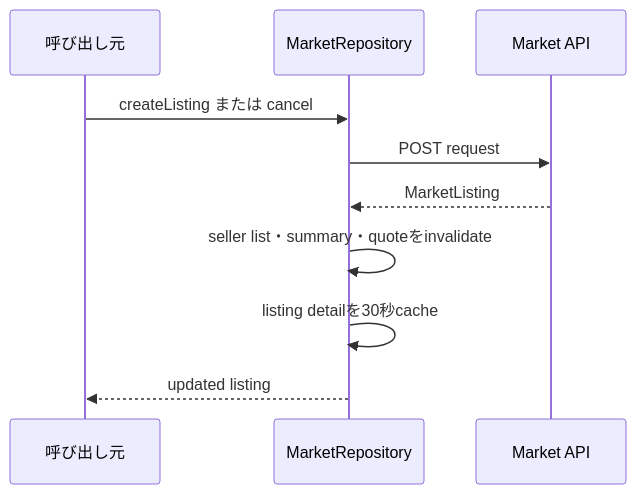
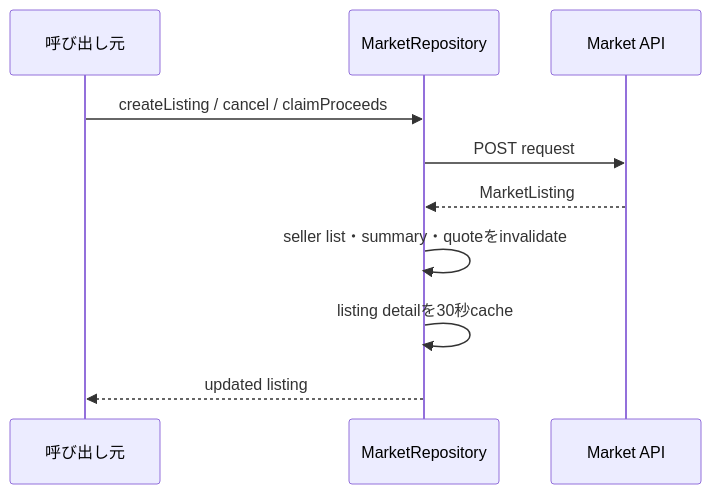
Before and after one commit to maaasu/AstralRecord-Workspace: the third of 5 diagrams in 00_docs/10_Plugin設計書/feature/23-market/23_4-統合フロー.md, drawn with Mermaid. The commit also changed other lines of this file and 52 other files, not shown here.

````diff
--- a/00_docs/10_Plugin設計書/feature/23-market/23_4-統合フロー.md
+++ b/00_docs/10_Plugin設計書/feature/23-market/23_4-統合フロー.md
@@ -71,12 +71,12 @@
 ```mermaid
 sequenceDiagram
     participant Caller as 呼び出し元
     participant Repo as MarketRepository
     participant API as Market API
-    Caller->>Repo: createListing または cancel
+    Caller->>Repo: createListing / cancel / claimProceeds
     Repo->>API: POST request
     API-->>Repo: MarketListing
     Repo->>Repo: seller list・summary・quoteをinvalidate
     Repo->>Repo: listing detailを30秒cache
     Repo-->>Caller: updated listing
 ```
````
